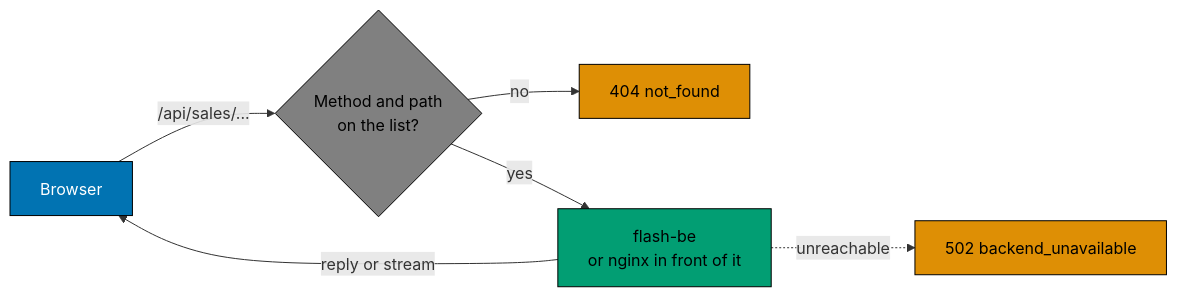
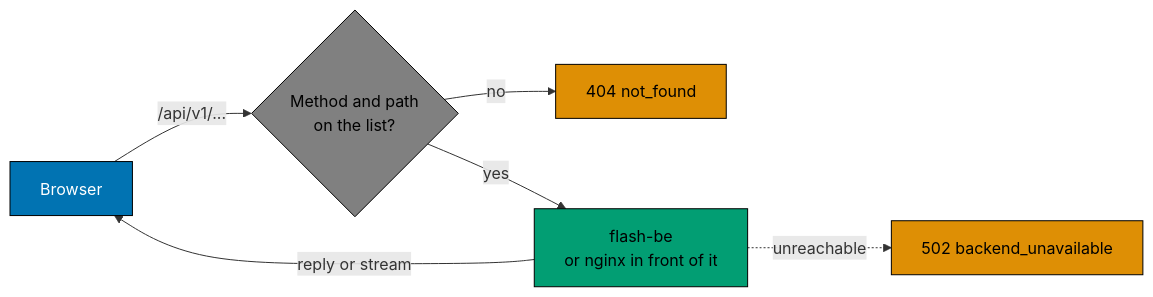
The third of 3 diagrams in docs/reference/http-endpoints.md (wahidyankf/coding-itv-js-flashsale), drawn with Mermaid before and after one commit. The commit also changed other lines of this file and 111 other files, not shown here.

First line of the commit message:
feat: serve the API under /api/v1 with one path table in flash-commons

````diff
--- a/docs/reference/http-endpoints.md
+++ b/docs/reference/http-endpoints.md
@@ -396,22 +398,22 @@
 ```mermaid
 flowchart LR
   accTitle: A request through the web server
-  accDescr: The browser sends a request under api sales. The web server checks the method and path against its list. A path that is not listed gets a 404 at once. A listed request is passed to the API with a few headers, and the reply comes back with a few headers, streams included. If the API cannot be reached, the shopper gets a 502.
+  accDescr: The browser sends a request under /api/v1. The web server checks the method and path against its list. A path that is not listed gets a 404 at once. A listed request is passed to the API with a few headers, and the reply comes back with a few headers, streams included. If the API cannot be reached, the shopper gets a 502.
   browser["Browser"]
   check{"Method and path<br/>on the list?"}
   refuse404["404 not_found"]
   api["flash-be<br/>or nginx in front of it"]
   refuse502["502 backend_unavailable"]
-  browser -->|/api/sales/...| check
+  browser -->|/api/v1/...| check
   check -->|no| refuse404
   check -->|yes| api
   api -->|reply or stream| browser
   api -.->|unreachable| refuse502
   classDef actor fill:#0173B2,stroke:#000000,color:#FFFFFF
   classDef answer fill:#DE8F05,stroke:#000000,color:#000000
   classDef service fill:#029E73,stroke:#000000,color:#000000
   classDef default fill:#808080,stroke:#000000,color:#000000
   class browser actor
   class refuse404,refuse502 answer
   class api service
 ```
````
